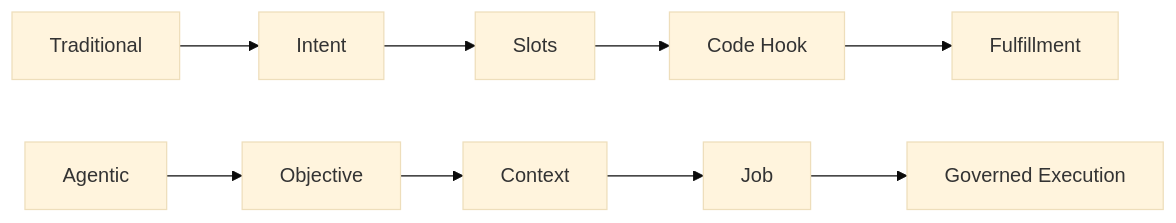
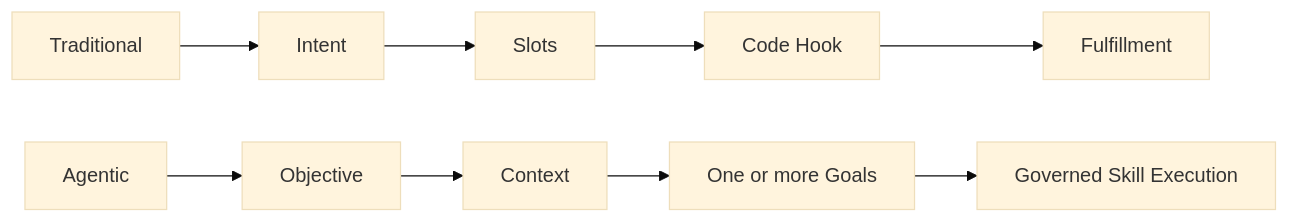
One commit to bhochhi/nexus changed the first of 14 diagrams in docs/Agentic_Chat_Architecture_Deck.md. Above: the diagram before and after it, drawn with Mermaid (base theme). The commit also changed other lines of this file, not shown here.

Commit message:
refactor: update terminology from jobs to goals in architecture deck

````diff
--- a/docs/Agentic_Chat_Architecture_Deck.md
+++ b/docs/Agentic_Chat_Architecture_Deck.md
@@ -31,12 +31,12 @@
 ```mermaid
 flowchart LR
     A[Traditional] --> B[Intent]
     B --> C[Slots]
     C --> D[Code Hook]
     D --> E[Fulfillment]
 
     F[Agentic] --> G[Objective]
     G --> H[Context]
-    H --> I[Job]
-    I --> J[Governed Execution]
+    H --> I[One or more Goals]
+    I --> J[Governed Skill Execution]
 ```
````
